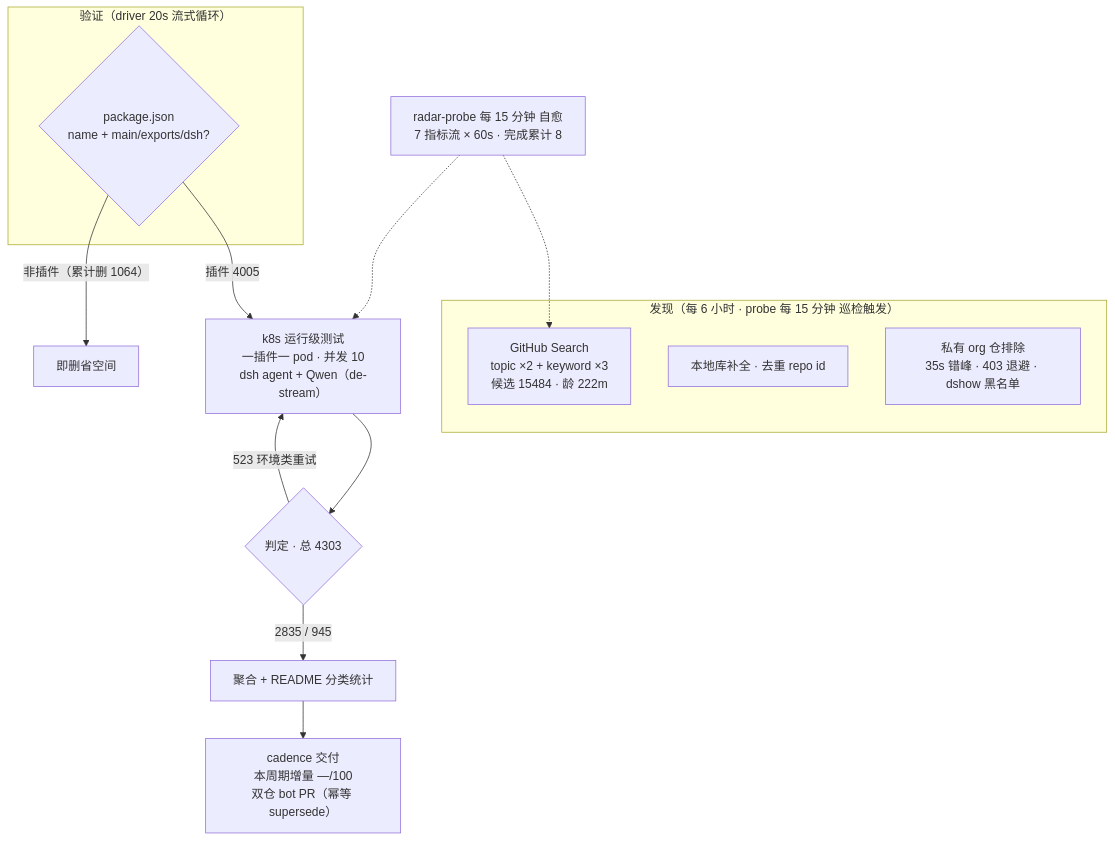
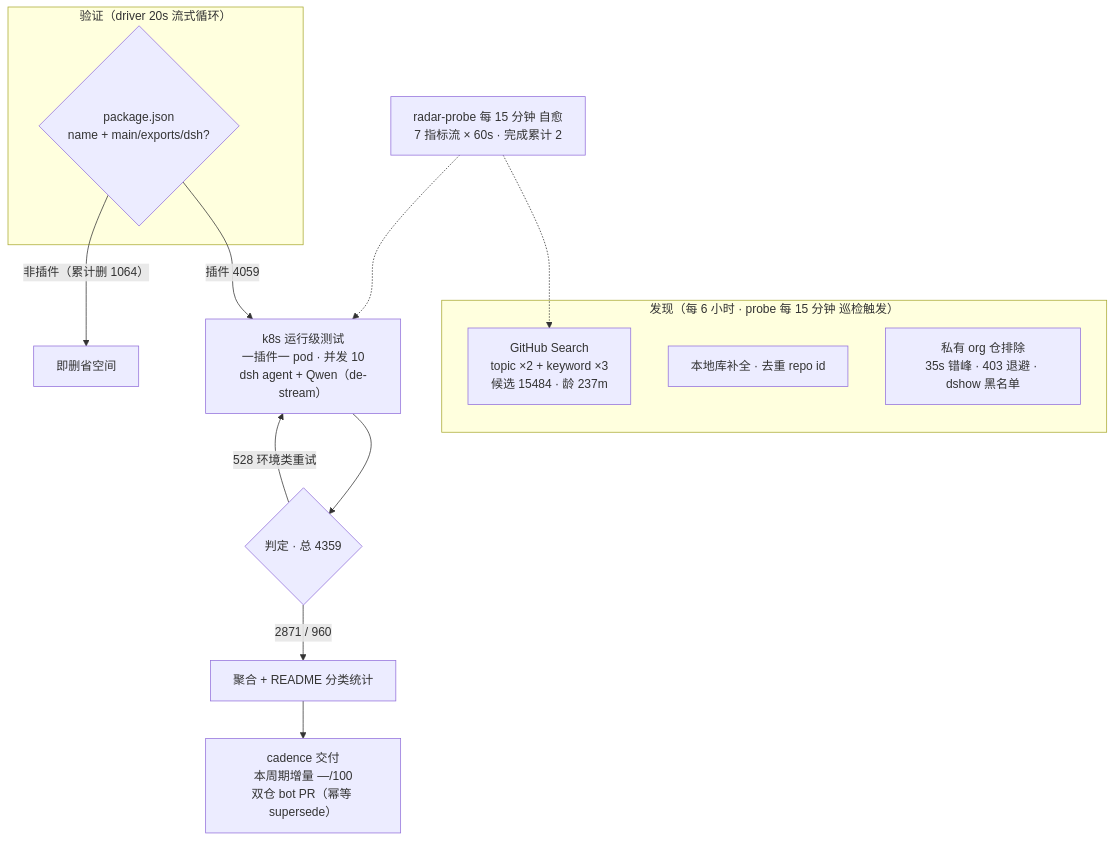
Before and after one commit to Zhidao-Lab-OSS/awesome-dsh-plugins: the diagram in README.md, drawn with Mermaid. The commit also changed other lines of this file and 1 other file, not shown here.

````diff
--- a/README.md
+++ b/README.md
@@ -37,20 +37,20 @@
 ```mermaid
 flowchart TB
     subgraph Discovery["发现（每 6 小时 · probe 每 15 分钟 巡检触发）"]
-        A1["GitHub Search<br/>topic ×2 + keyword ×3<br/>候选 15484 · 龄 222m"]
+        A1["GitHub Search<br/>topic ×2 + keyword ×3<br/>候选 15484 · 龄 237m"]
         A2["本地库补全 · 去重 repo id"]
         A3["私有 org 仓排除<br/>35s 错峰 · 403 退避 · dshow 黑名单"]
     end
     subgraph Validation["验证（driver 20s 流式循环）"]
         B1{"package.json<br/>name + main/exports/dsh?"}
     end
-    B1 -->|"插件 4005"| C1["k8s 运行级测试<br/>一插件一 pod · 并发 10<br/>dsh agent + Qwen（de-stream）"]
+    B1 -->|"插件 4059"| C1["k8s 运行级测试<br/>一插件一 pod · 并发 10<br/>dsh agent + Qwen（de-stream）"]
     B1 -->|"非插件（累计删 1064）"| B3["即删省空间"]
-    C1 --> D1{"判定 · 总 4303"}
-    D1 -->|"2835 / 945"| E1["聚合 + README 分类统计"]
-    D1 -->|"523 环境类重试"| C1
+    C1 --> D1{"判定 · 总 4359"}
+    D1 -->|"2871 / 960"| E1["聚合 + README 分类统计"]
+    D1 -->|"528 环境类重试"| C1
     E1 --> E2["cadence 交付<br/>本周期增量 —/100<br/>双仓 bot PR（幂等 supersede）"]
-    M["radar-probe 每 15 分钟 自愈<br/>7 指标流 × 60s · 完成累计 8"]
+    M["radar-probe 每 15 分钟 自愈<br/>7 指标流 × 60s · 完成累计 2"]
     M -.-> A1
     M -.-> C1
 ```
````
